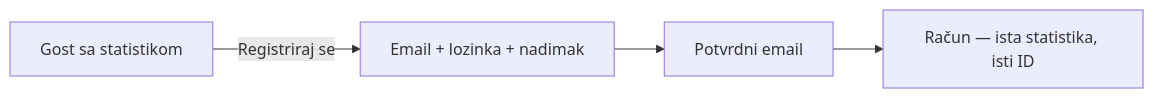
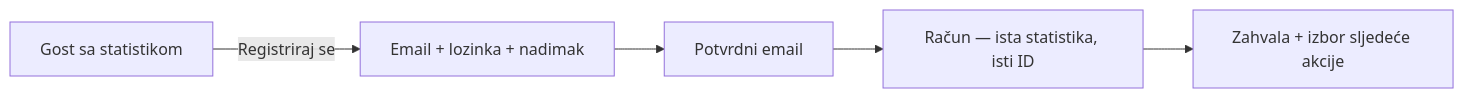
Before and after one commit to josipmestrovic/kaladont: the second of 3 diagrams in docs/05-ux-ui/tijek-korisnika.md, drawn with Mermaid. The commit also changed other lines of this file and 178 other files, not shown here.

````diff
--- a/docs/05-ux-ui/tijek-korisnika.md
+++ b/docs/05-ux-ui/tijek-korisnika.md
@@ -34,6 +34,7 @@
 ```mermaid
 flowchart LR
     A[Gost sa statistikom] -->|Registriraj se| B[Email + lozinka + nadimak]
     B --> C[Potvrdni email]
     C --> D[Račun — ista statistika, isti ID]
+    D --> E[Zahvala + izbor sljedeće akcije]
 ```
````
